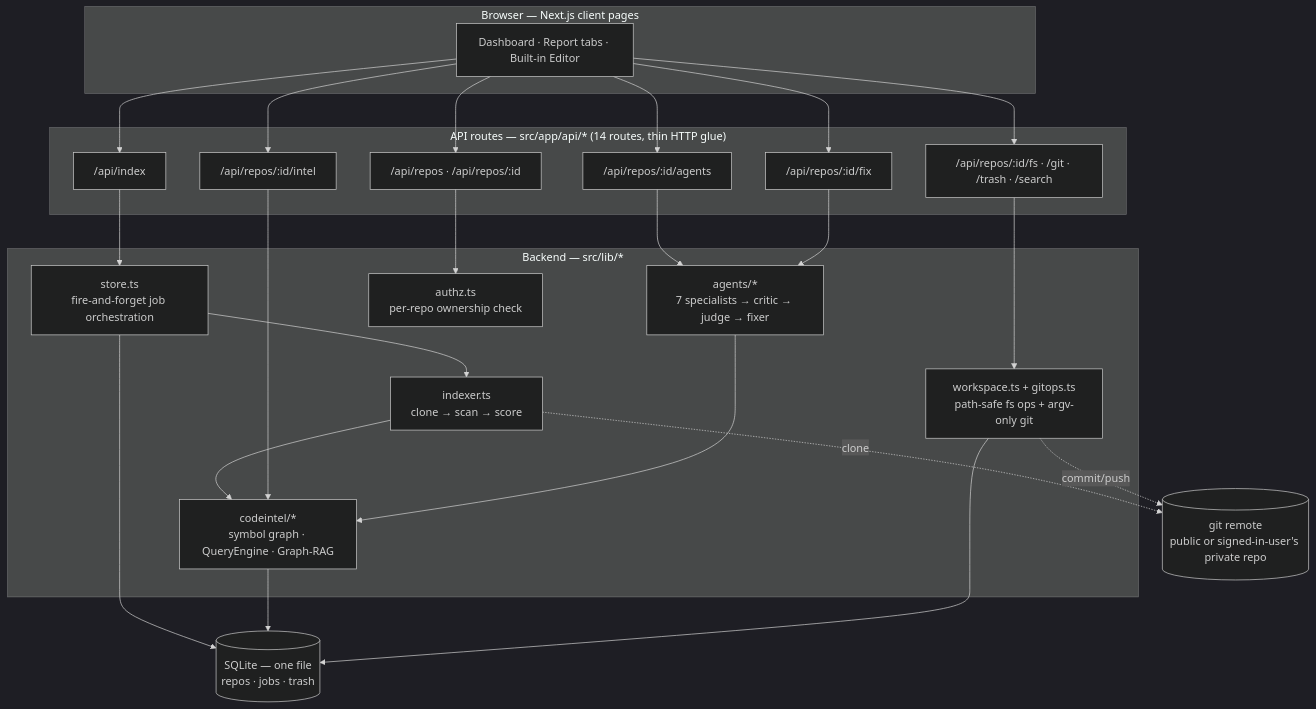
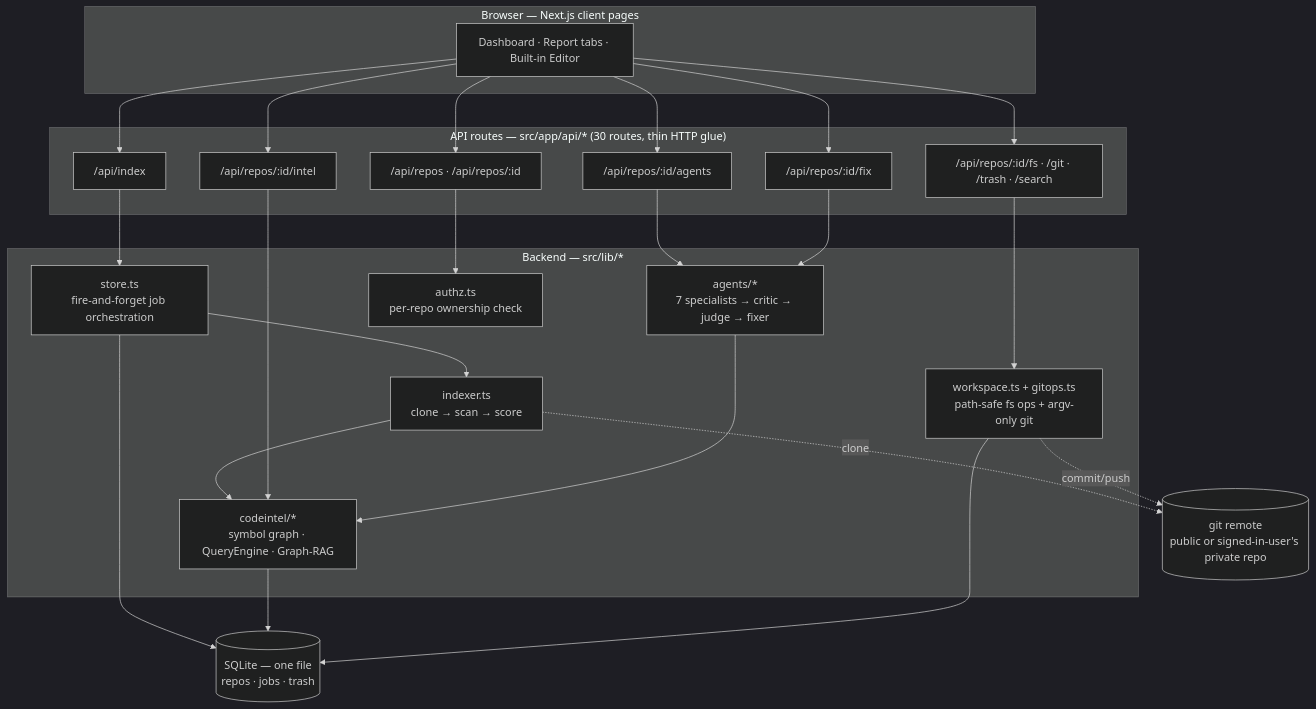
The diagram in README.md (archdex-art/CodeGraph), drawn with Mermaid (dark theme) before and after one commit. The commit also changed other lines of this file and 7 other files, not shown here.

````diff
--- a/README.md
+++ b/README.md
@@ -31,41 +31,41 @@
 ```mermaid
 flowchart TB
     subgraph Client["Browser — Next.js client pages"]
         UI["Dashboard · Report tabs · Built-in Editor"]
     end
 
-    subgraph API["API routes — src/app/api/* (14 routes, thin HTTP glue)"]
+    subgraph API["API routes — src/app/api/* (30 routes, thin HTTP glue)"]
         IDX["/api/index"]
         REPOS["/api/repos · /api/repos/:id"]
         INTEL["/api/repos/:id/intel"]
         AGENTS["/api/repos/:id/agents"]
         FIX["/api/repos/:id/fix"]
         FS["/api/repos/:id/fs · /git · /trash · /search"]
     end
 
     subgraph Core["Backend — src/lib/*"]
         STORE["store.ts<br/>fire-and-forget job orchestration"]
         INDEXER["indexer.ts<br/>clone → scan → score"]
         CODEINTEL["codeintel/*<br/>symbol graph · QueryEngine · Graph-RAG"]
         SWARM["agents/*<br/>7 specialists → critic → judge → fixer"]
         WORKSPACE["workspace.ts + gitops.ts<br/>path-safe fs ops + argv-only git"]
         AUTHZ["authz.ts<br/>per-repo ownership check"]
     end
 
     DB[("SQLite — one file<br/>repos · jobs · trash")]
     GITREMOTE[("git remote<br/>public or signed-in-user's private repo")]
 
     UI --> IDX & REPOS & INTEL & AGENTS & FIX & FS
     IDX --> STORE
     STORE --> INDEXER --> CODEINTEL
     INTEL --> CODEINTEL
     AGENTS --> SWARM --> CODEINTEL
     FIX --> SWARM
     FS --> WORKSPACE
     REPOS --> AUTHZ
     STORE --> DB
     CODEINTEL --> DB
     WORKSPACE --> DB
     INDEXER -.clone.-> GITREMOTE
     WORKSPACE -.commit/push.-> GITREMOTE
 ```
````
